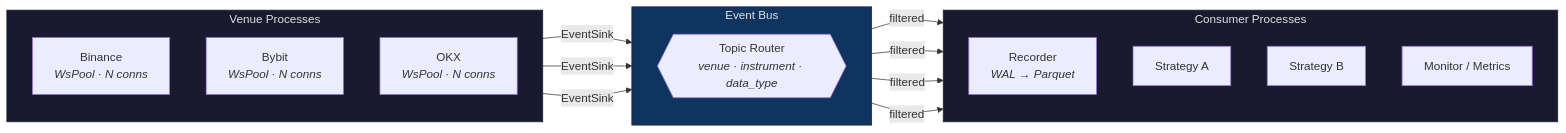
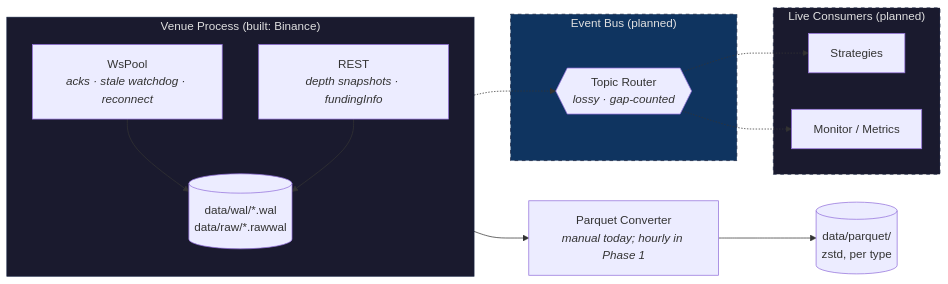
The first of 2 diagrams in README.md (mendelabramzon/trading), drawn with Mermaid before and after one commit. The commit also changed other lines of this file and 30 other files, not shown here.

````diff
--- a/README.md
+++ b/README.md
@@ -15,35 +19,31 @@
 ```mermaid
 graph LR
-    subgraph Venues ["Venue Processes"]
+    subgraph Venue ["Venue Process (built: Binance)"]
         direction TB
-        B[Binance<br/><i>WsPool · N conns</i>]
-        BY[Bybit<br/><i>WsPool · N conns</i>]
-        OKX[OKX<br/><i>WsPool · N conns</i>]
+        WS[WsPool<br/><i>acks · stale watchdog · reconnect</i>]
+        REST[REST<br/><i>depth snapshots · fundingInfo</i>]
+        WAL[("data/wal/*.wal<br/>data/raw/*.rawwal")]
+        WS --> WAL
+        REST --> WAL
     end
 
-    subgraph Bus ["Event Bus"]
-        direction TB
-        R{{"Topic Router<br/><i>venue · instrument · data_type</i>"}}
+    subgraph Bus ["Event Bus (planned)"]
+        R{{"Topic Router<br/><i>lossy · gap-counted</i>"}}
     end
 
-    subgraph Consumers ["Consumer Processes"]
-        direction TB
-        REC[Recorder<br/><i>WAL → Parquet</i>]
-        S1[Strategy A]
-        S2[Strategy B]
+    subgraph Consumers ["Live Consumers (planned)"]
+        S1[Strategies]
         MON[Monitor / Metrics]
     end
 
-    B -- "EventSink" --> R
-    BY -- "EventSink" --> R
-    OKX -- "EventSink" --> R
+    WS -.-> R
+    R -.-> S1
+    R -.-> MON
 
-    R -- "filtered" --> REC
-    R -- "filtered" --> S1
-    R -- "filtered" --> S2
-    R -- "filtered" --> MON
+    WAL --> PC["Parquet Converter<br/><i>manual today; hourly in Phase 1</i>"]
+    PC --> PQ[("data/parquet/<br/>zstd, per type")]
 
-    style Venues fill:#1a1a2e,stroke:#16213e,color:#e0e0e0
-    style Bus fill:#0f3460,stroke:#16213e,color:#e0e0e0
-    style Consumers fill:#1a1a2e,stroke:#16213e,color:#e0e0e0
+    style Venue fill:#1a1a2e,stroke:#16213e,color:#e0e0e0
+    style Bus fill:#0f3460,stroke:#16213e,color:#e0e0e0,stroke-dasharray: 5 5
+    style Consumers fill:#1a1a2e,stroke:#16213e,color:#e0e0e0,stroke-dasharray: 5 5
 ```
````
